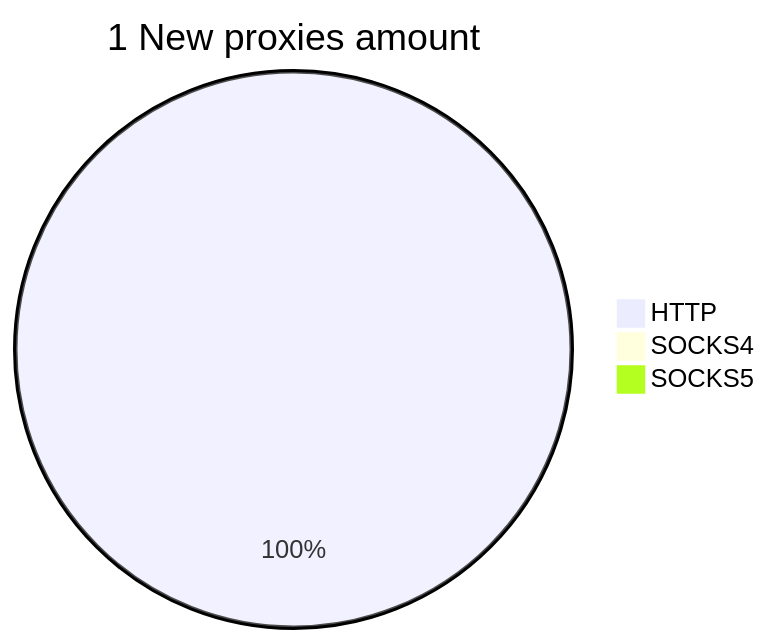
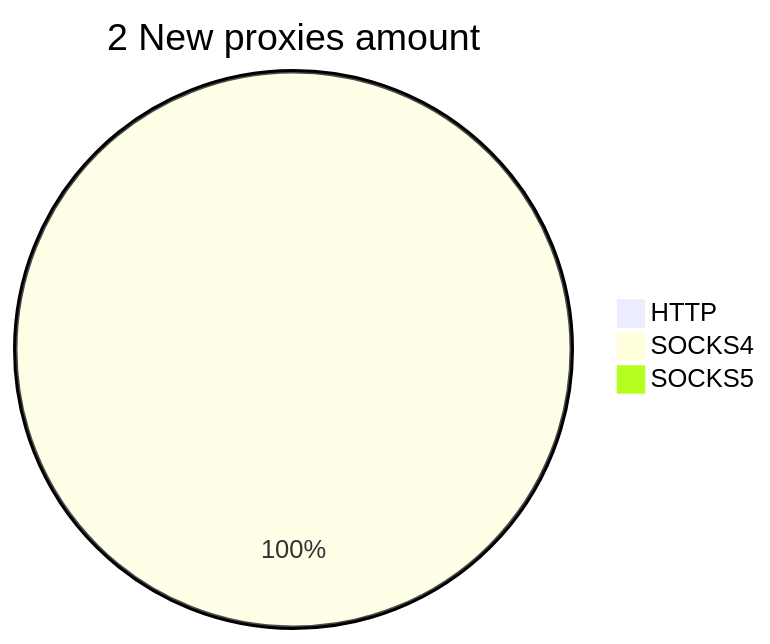
The second of 2 diagrams in README.md (cutipu/proxylist), drawn with Mermaid before and after one commit. The commit also changed other lines of this file, not shown here.

````diff
--- a/README.md
+++ b/README.md
@@ -10,6 +10,6 @@
 ```mermaid
-pie title 1 New proxies amount
-    "HTTP" : 1
-    "SOCKS4" : 0
+pie title 2 New proxies amount
+    "HTTP" : 0
+    "SOCKS4" : 2
     "SOCKS5" : 0
 ```
````
